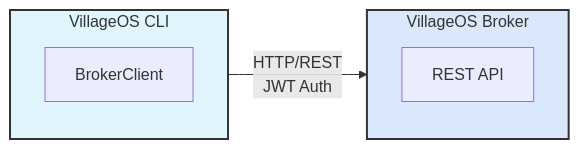
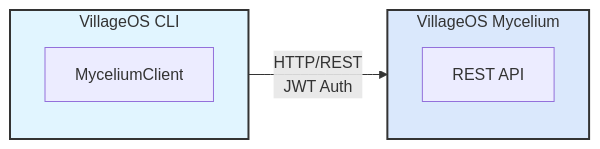
Before and after one commit to ReGen-Villages/VillageOS-API: the diagram in docs/TAPROOT_USER_GUIDE.md, drawn with Mermaid. The commit also changed other lines of this file and 151 other files, not shown here.

First line of the commit message:
Rename Broker → Mycelium (gateway) across Taproot, Trellis, microservices

````diff
--- a/docs/TAPROOT_USER_GUIDE.md
+++ b/docs/TAPROOT_USER_GUIDE.md
@@ -29,15 +29,15 @@
 ```mermaid
 graph LR
     subgraph CLI["VillageOS CLI"]
-        BC[BrokerClient]
+        BC[MyceliumClient]
     end
 
-    subgraph Broker["VillageOS Broker"]
+    subgraph Mycelium["VillageOS Mycelium"]
         API[REST API]
     end
 
-    CLI -->|HTTP/REST<br/>JWT Auth| Broker
+    CLI -->|HTTP/REST<br/>JWT Auth| Mycelium
 
     style CLI fill:#e1f5ff,stroke:#333,stroke-width:2px
-    style Broker fill:#dae8fc,stroke:#333,stroke-width:2px
+    style Mycelium fill:#dae8fc,stroke:#333,stroke-width:2px
 ```
````
